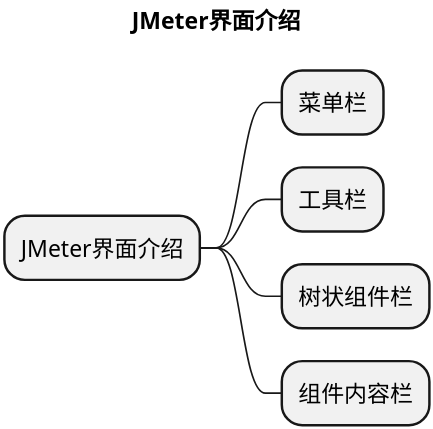
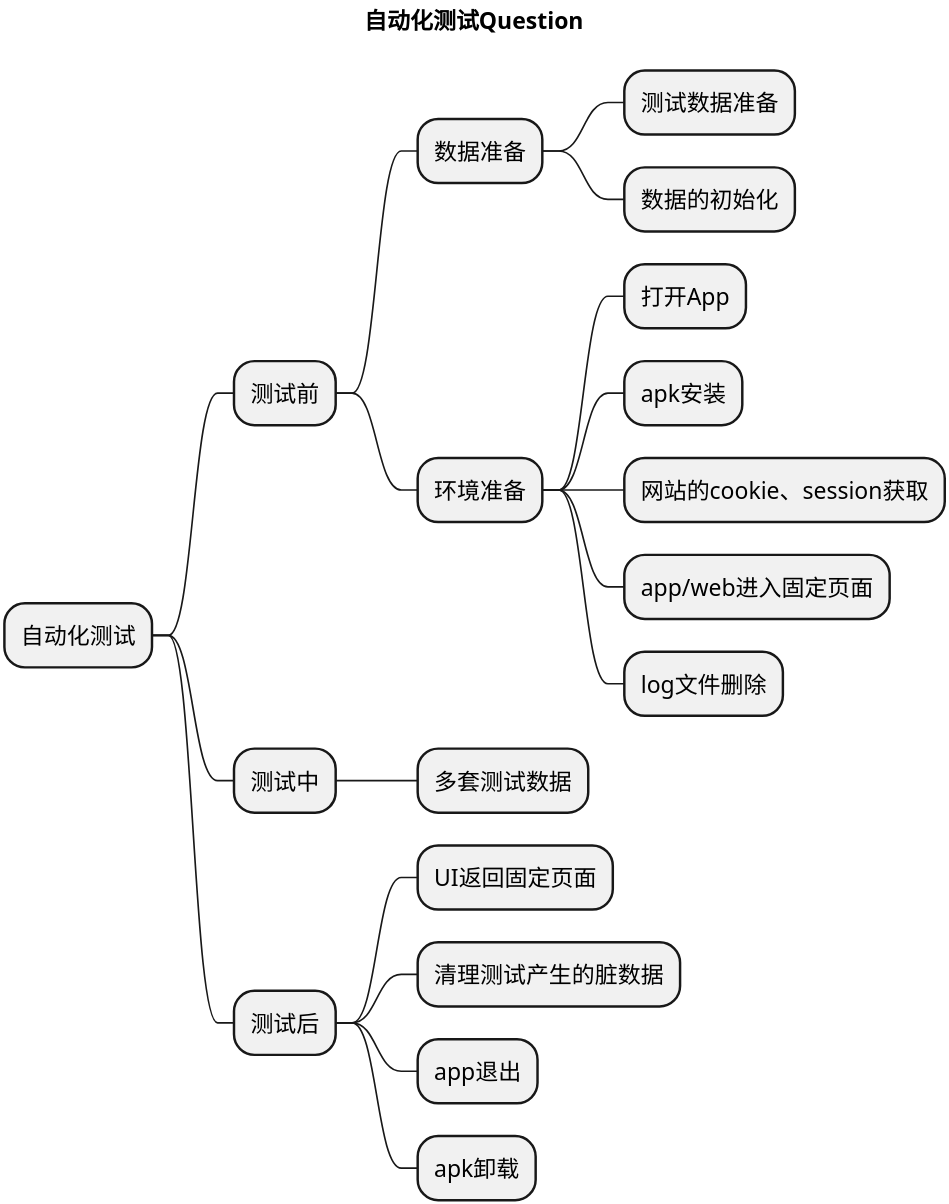
Before and after one commit to TesterDevSoul/encoding: the first of 2 diagrams in zh-cn/测试框架/Pytest/1001A_Pytest 简介.md, drawn with PlantUML. The commit also changed other lines of this file and 10 other files, not shown here.

````diff
--- a/zh-cn/测试框架/Pytest/1001A_Pytest 简介.md
+++ b/zh-cn/测试框架/Pytest/1001A_Pytest 简介.md
@@ -8,12 +18,24 @@
 ```plantuml
 @startmindmap
 scale 10
-title JMeter界面介绍
-
-** JMeter界面介绍
-*** 菜单栏
-*** 工具栏
-*** 树状组件栏
-*** 组件内容栏
+title 自动化测试Question
+* 自动化测试
+** 测试前
+*** 数据准备
+**** 测试数据准备
+**** 数据的初始化
+*** 环境准备
+**** 打开App
+**** apk安装
+**** 网站的cookie、session获取
+**** app/web进入固定页面
+**** log文件删除
+** 测试中
+*** 多套测试数据
+** 测试后
+*** UI返回固定页面
+*** 清理测试产生的脏数据
+*** app退出
+*** apk卸载
 @endmindmap
 ```
````
